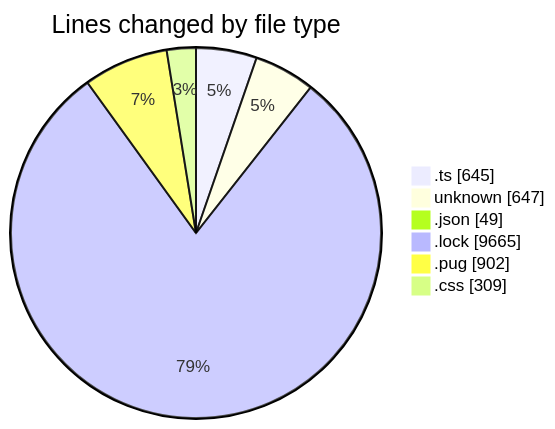
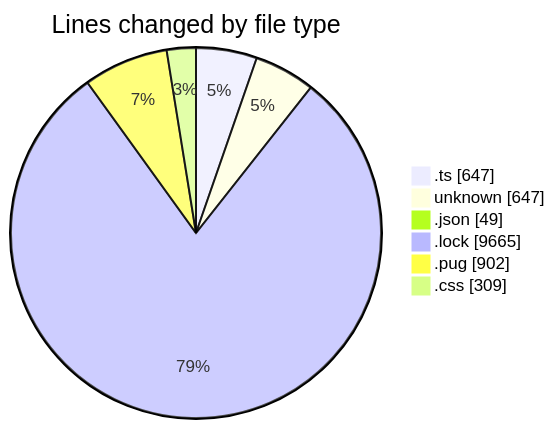
Before and after one commit to momahboobian/code-tracking: the first of 2 diagrams in 2026-05-22/cda/README.md, drawn with Mermaid. The commit also changed other lines of this file and 1 other file, not shown here.

````diff
--- a/2026-05-22/cda/README.md
+++ b/2026-05-22/cda/README.md
@@ -35,10 +35,10 @@
 ```mermaid
 pie showData
 title Lines changed by file type
-".ts" : 645
+".ts" : 647
 "unknown" : 647
 ".json" : 49
 ".lock" : 9665
 ".pug" : 902
 ".css" : 309
 ```
````
